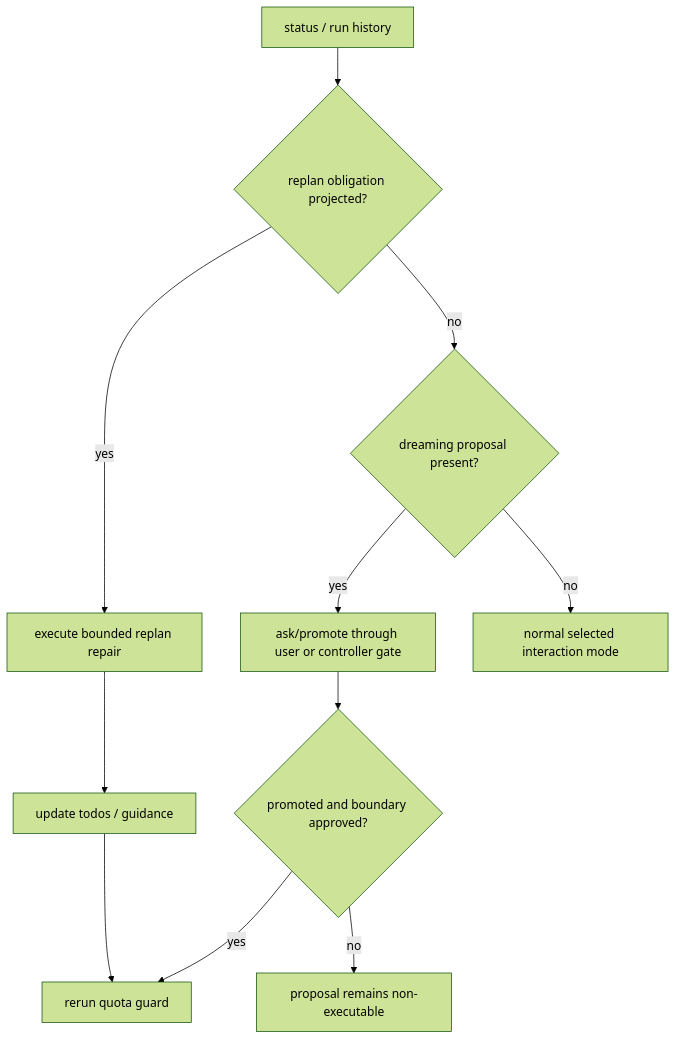
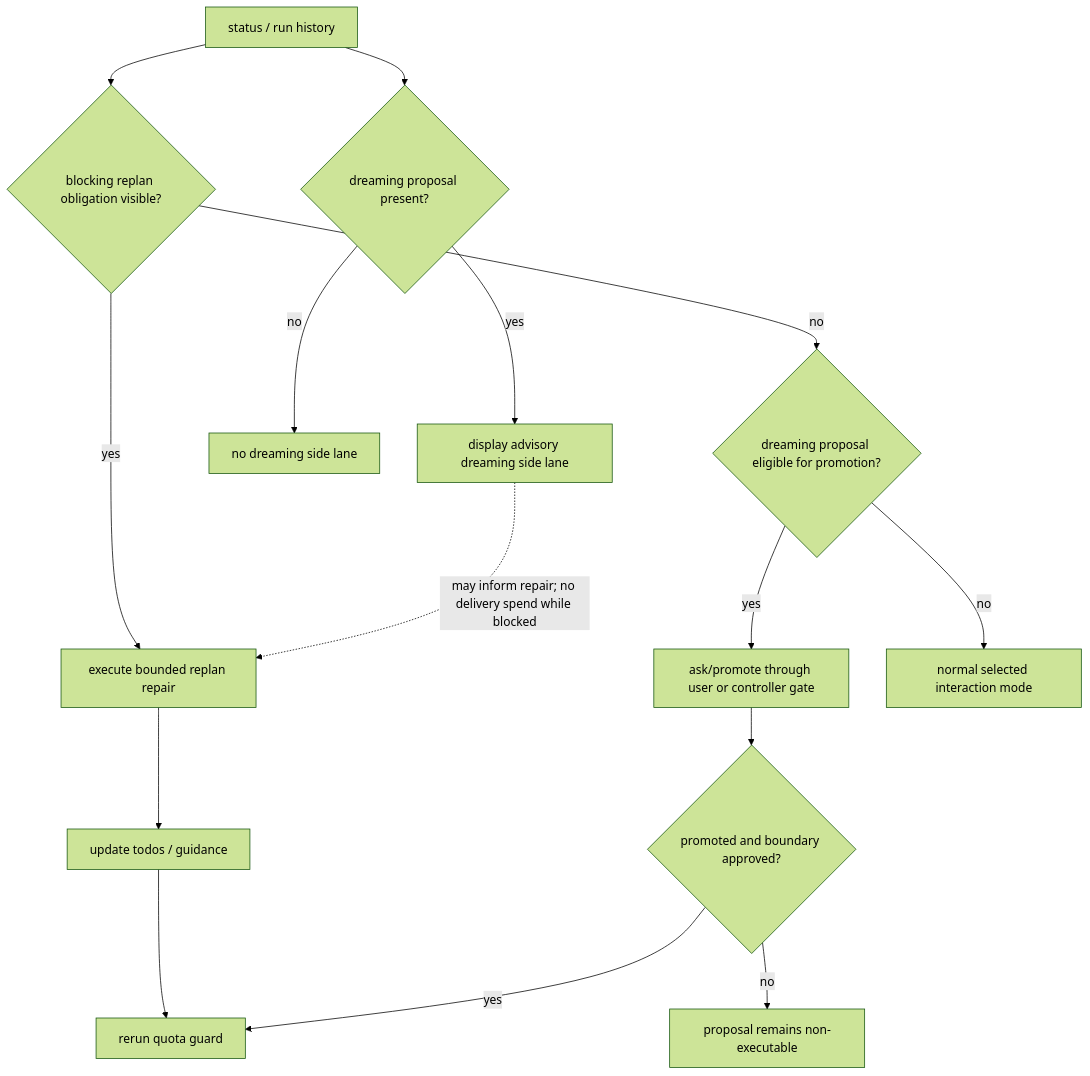
One commit to huangruiteng/goal-harness changed diagram 15 of 18 in docs/interaction-pattern-catalog.md. Above: the diagram before and after it, drawn with Mermaid (forest theme). The commit also changed other lines of this file, not shown here.

Commit message:
Clarify replan and dreaming lane flow (#195)

````diff
--- a/docs/interaction-pattern-catalog.md
+++ b/docs/interaction-pattern-catalog.md
@@ -701,13 +705,17 @@
 ```mermaid
 flowchart TD
-  S["status / run history"] --> R{"replan obligation projected?"}
+  S["status / run history"] --> R{"blocking replan obligation visible?"}
+  S --> D{"dreaming proposal present?"}
+  D -->|"yes"| V["display advisory dreaming side lane"]
+  D -->|"no"| Z["no dreaming side lane"]
   R -->|"yes"| A["execute bounded replan repair"]
   A --> T["update todos / guidance"]
   T --> Q["rerun quota guard"]
-  R -->|"no"| D{"dreaming proposal present?"}
-  D -->|"yes"| U["ask/promote through user or controller gate"]
+  V -. "may inform repair; no delivery spend while blocked" .-> A
+  R -->|"no"| G{"dreaming proposal eligible for promotion?"}
+  G -->|"yes"| U["ask/promote through user or controller gate"]
   U --> P{"promoted and boundary approved?"}
   P -->|"yes"| Q
   P -->|"no"| X["proposal remains non-executable"]
-  D -->|"no"| N["normal selected interaction mode"]
+  G -->|"no"| N["normal selected interaction mode"]
 ```
````
